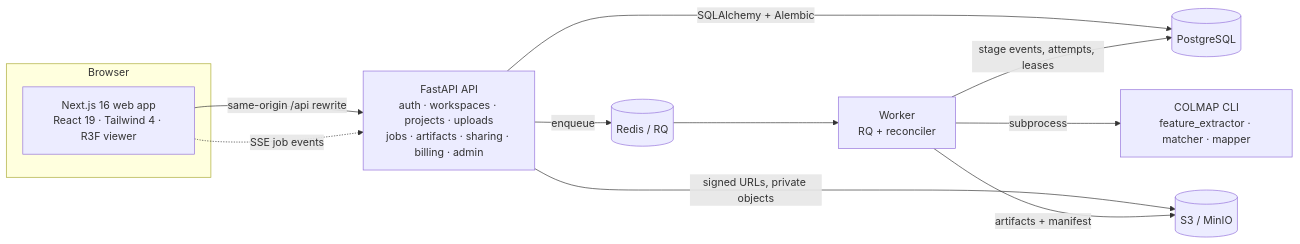
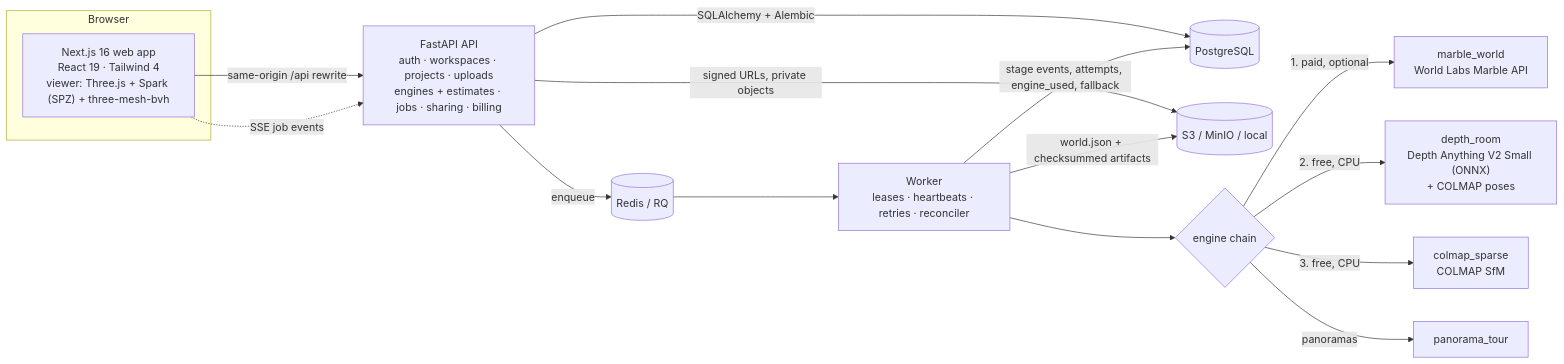
Before and after one commit to bileldh-ing/Virtual_Visit: the diagram in README.md, drawn with Mermaid. The commit also changed other lines of this file and 1 other file, not shown here.

Commit message:
README 2.0: engine chain + fallback triggers, measured runs, docs/media gallery, limitations, demo-video placeholder; ENGINES: fallback runs with real timings

````diff
--- a/README.md
+++ b/README.md
@@ -36,15 +43,19 @@
 ```mermaid
 flowchart LR
   subgraph Browser
-    W[Next.js 16 web app<br/>React 19 · Tailwind 4 · R3F viewer]
+    W["Next.js 16 web app<br/>React 19 · Tailwind 4<br/>viewer: Three.js + Spark (SPZ) + three-mesh-bvh"]
   end
-  W -- same-origin /api rewrite --> A[FastAPI API<br/>auth · workspaces · projects · uploads<br/>jobs · artifacts · sharing · billing · admin]
-  A -- SQLAlchemy + Alembic --> P[(PostgreSQL)]
+  W -- "same-origin /api rewrite" --> A["FastAPI API<br/>auth · workspaces · projects · uploads<br/>engines + estimates · jobs · sharing · billing"]
+  A -- "SQLAlchemy + Alembic" --> P[(PostgreSQL)]
   A -- enqueue --> R[(Redis / RQ)]
-  A -- signed URLs, private objects --> S[(S3 / MinIO)]
-  R --> K[Worker<br/>RQ + reconciler]
-  K -- subprocess --> C[COLMAP CLI<br/>feature_extractor · matcher · mapper]
-  K -- artifacts + manifest --> S
-  K -- stage events, attempts, leases --> P
-  W -. SSE job events .-> A
+  A -- "signed URLs, private objects" --> S[(S3 / MinIO / local)]
+  R --> K["Worker<br/>leases · heartbeats · retries · reconciler"]
+  K --> CH{"engine chain"}
+  CH -- "1. paid, optional" --> M["marble_world<br/>World Labs Marble API"]
+  CH -- "2. free, CPU" --> D["depth_room<br/>Depth Anything V2 Small (ONNX)<br/>+ COLMAP poses"]
+  CH -- "3. free, CPU" --> C["colmap_sparse<br/>COLMAP SfM"]
+  CH -- "panoramas" --> T["panorama_tour"]
+  K -- "world.json + checksummed artifacts" --> S
+  K -- "stage events, attempts, engine_used, fallback" --> P
+  W -. "SSE job events" .-> A
 ```
````
